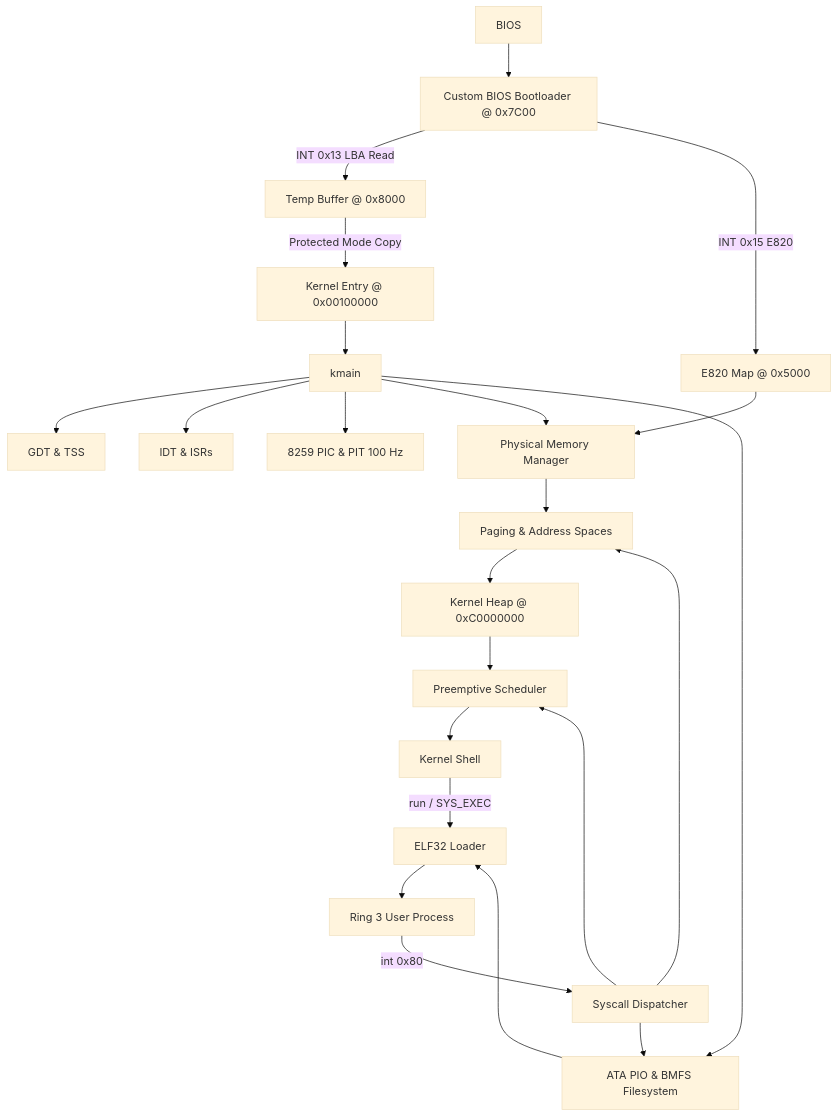
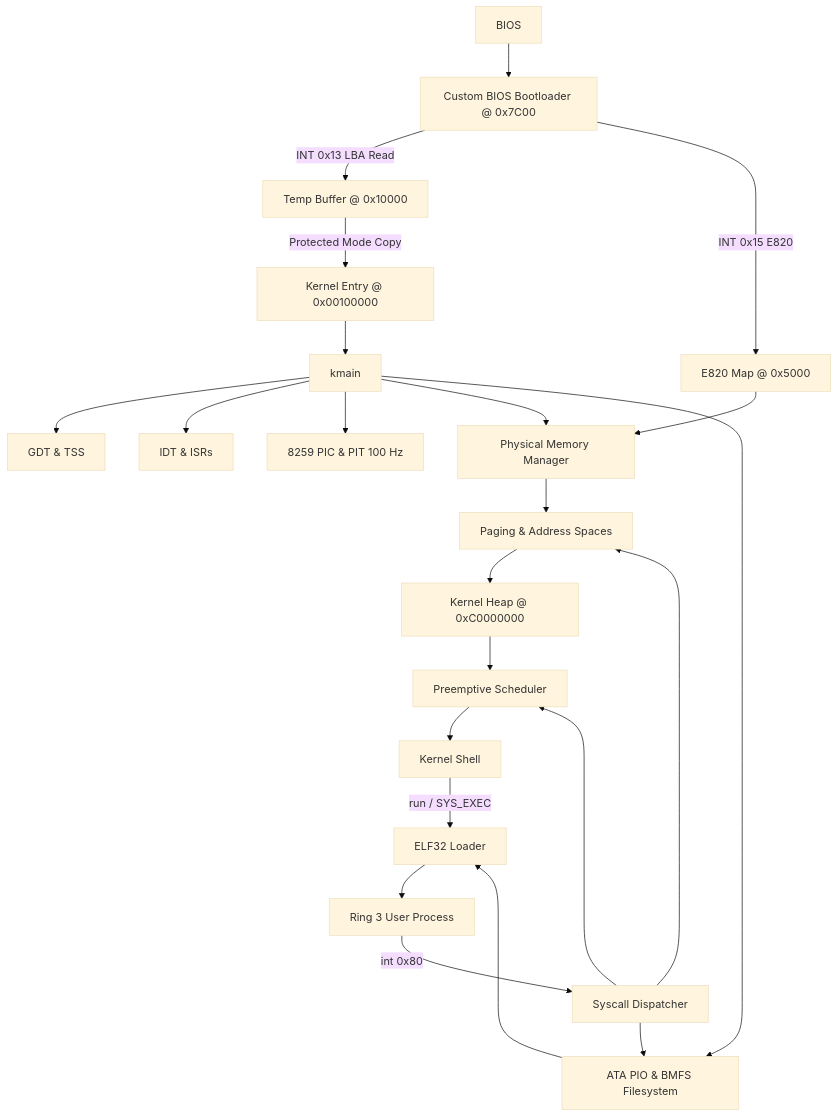
Before and after one commit to abhinavprakash-x/osdev: the first of 2 diagrams in docs/architecture.md, drawn with Mermaid (base theme). The commit also changed other lines of this file and 4 other files, not shown here.

````diff
--- a/docs/architecture.md
+++ b/docs/architecture.md
@@ -9,27 +9,27 @@
 ```mermaid
 flowchart TD
     BIOS --> BL[Custom BIOS Bootloader @ 0x7C00]
-    BL -->|INT 0x13 LBA Read| TMP[Temp Buffer @ 0x8000]
+    BL -->|INT 0x13 LBA Read| TMP[Temp Buffer @ 0x10000]
     BL -->|INT 0x15 E820| E820[E820 Map @ 0x5000]
     TMP -->|Protected Mode Copy| KE[Kernel Entry @ 0x00100000]
     KE --> KM[kmain]
 
     KM --> GDT[GDT & TSS]
     KM --> IDT[IDT & ISRs]
     KM --> PIC[8259 PIC & PIT 100 Hz]
     E820 --> PMM[Physical Memory Manager]
     KM --> PMM
     PMM --> PAG[Paging & Address Spaces]
     PAG --> HEAP[Kernel Heap @ 0xC0000000]
     HEAP --> SCH[Preemptive Scheduler]
     KM --> FS[ATA PIO & BMFS Filesystem]
     SCH --> SHELL[Kernel Shell]
 
     SHELL -->|run / SYS_EXEC| ELF[ELF32 Loader]
     FS --> ELF
     ELF --> USER[Ring 3 User Process]
     USER -->|int 0x80| SYSCALL[Syscall Dispatcher]
     SYSCALL --> SCH
     SYSCALL --> PAG
     SYSCALL --> FS
 ```
````
